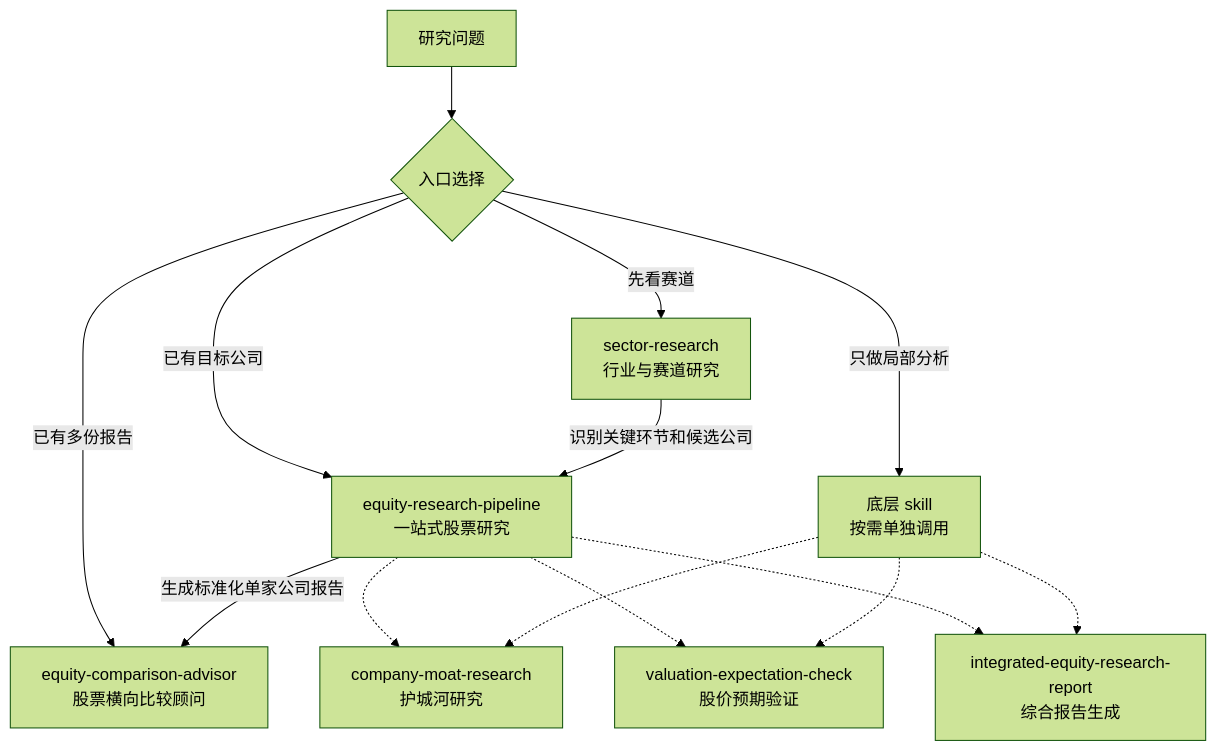
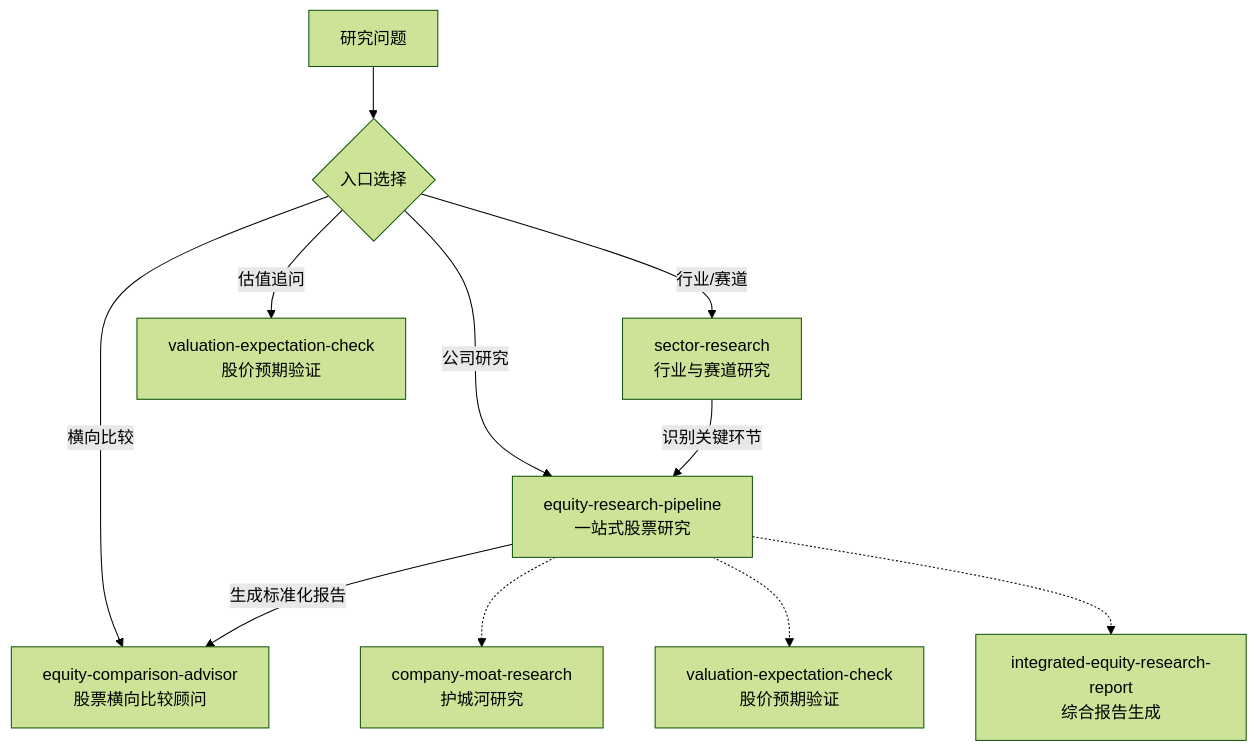
The diagram in README.md (vampire-locker/investment-research-skills), drawn with Mermaid (forest theme) before and after one commit. The commit also changed other lines of this file and 1 other file, not shown here.

Commit message:
修正 README 中不符合整体安装模式的描述
- 更新仓库描述：从独立 skill 集合改为整体 skill 体系
- 重写工作流节：移除手动选择入口的表述，改为自然语言自动路由
- 删除局部分析分支：整体安装后不再需要手动跳步
- 修正 mermaid 图：移除局部分析节点，统一路由口径
- 同步英文版同部位修改

````diff
--- a/README.md
+++ b/README.md
@@ -85,20 +83,16 @@
 ```mermaid
 flowchart TD
     Q["研究问题"] --> A{"入口选择"}
 
-    A -->|"先看赛道"| S["sector-research<br/>行业与赛道研究"]
-    A -->|"已有目标公司"| P["equity-research-pipeline<br/>一站式股票研究"]
-    A -->|"已有多份报告"| C["equity-comparison-advisor<br/>股票横向比较顾问"]
-    A -->|"只做局部分析"| L["底层 skill<br/>按需单独调用"]
+    A -->|"行业/赛道"| S["sector-research<br/>行业与赛道研究"]
+    A -->|"公司研究"| P["equity-research-pipeline<br/>一站式股票研究"]
+    A -->|"横向比较"| C["equity-comparison-advisor<br/>股票横向比较顾问"]
+    A -->|"估值追问"| V["valuation-expectation-check<br/>股价预期验证"]
 
-    S -->|"识别关键环节和候选公司"| P
-    P -->|"生成标准化单家公司报告"| C
+    S -->|"识别关键环节"| P
+    P -->|"生成标准化报告"| C
 
     P -.-> M["company-moat-research<br/>护城河研究"]
-    P -.-> V["valuation-expectation-check<br/>股价预期验证"]
+    P -.-> D["valuation-expectation-check<br/>股价预期验证"]
     P -.-> R["integrated-equity-research-report<br/>综合报告生成"]
-
-    L -.-> M
-    L -.-> V
-    L -.-> R
 ```
````
